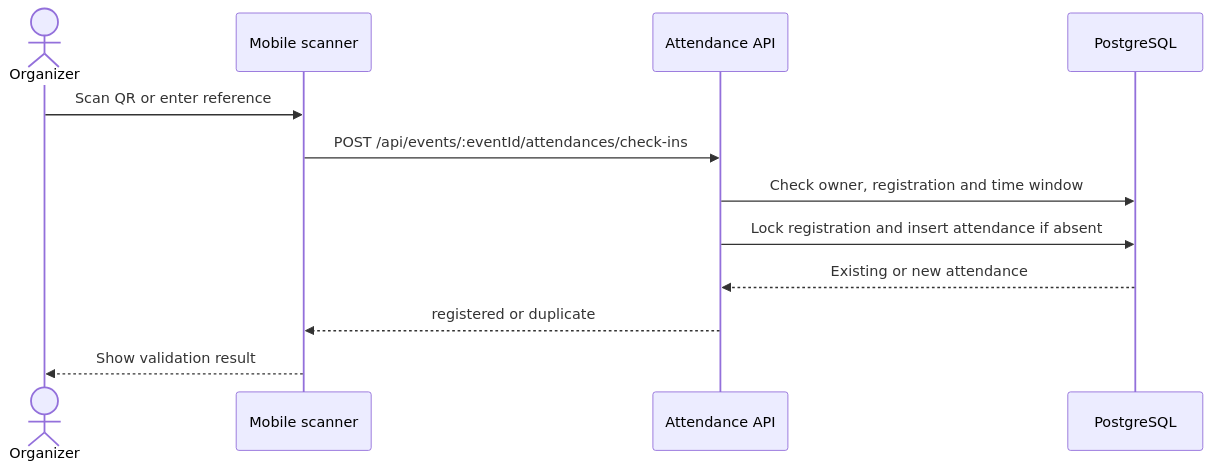
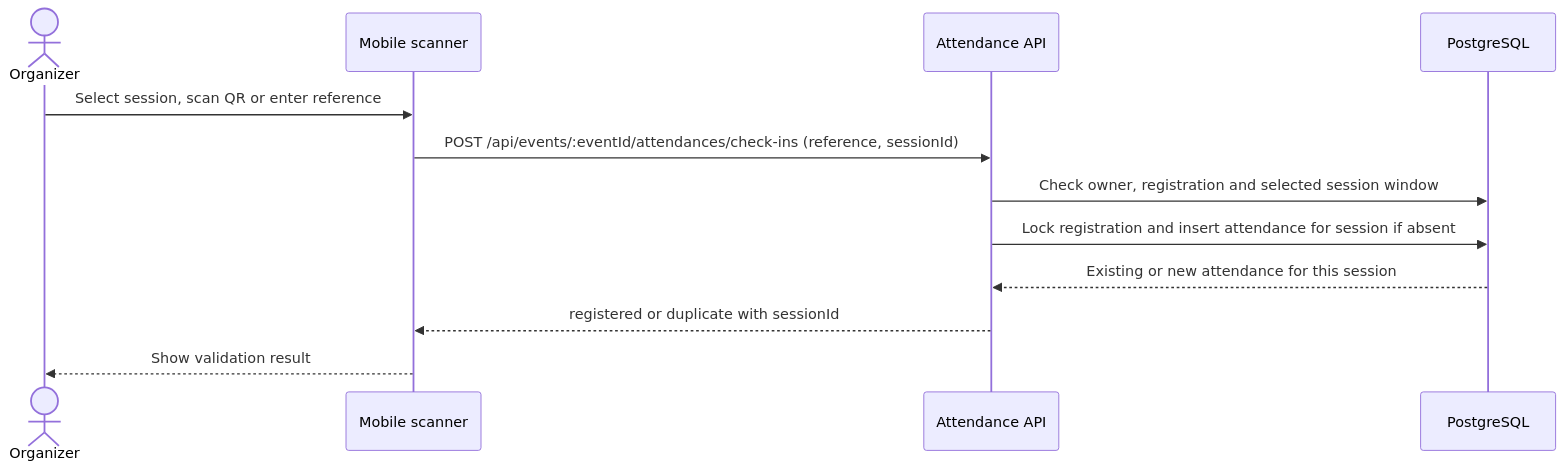
Before and after one commit to NicolasMG-dev/Epic-4---IS: the diagram in docs/event-registrations/README.md, drawn with Mermaid. The commit also changed other lines of this file and 511 other files, not shown here.

````diff
--- a/docs/event-registrations/README.md
+++ b/docs/event-registrations/README.md
@@ -16,14 +17,14 @@
 ```mermaid
 sequenceDiagram
     actor Organizer
     participant Scanner as Mobile scanner
     participant API as Attendance API
     participant DB as PostgreSQL
-    Organizer->>Scanner: Scan QR or enter reference
-    Scanner->>API: POST /api/events/:eventId/attendances/check-ins
-    API->>DB: Check owner, registration and time window
-    API->>DB: Lock registration and insert attendance if absent
-    DB-->>API: Existing or new attendance
-    API-->>Scanner: registered or duplicate
+    Organizer->>Scanner: Select session, scan QR or enter reference
+    Scanner->>API: POST /api/events/:eventId/attendances/check-ins (reference, sessionId)
+    API->>DB: Check owner, registration and selected session window
+    API->>DB: Lock registration and insert attendance for session if absent
+    DB-->>API: Existing or new attendance for this session
+    API-->>Scanner: registered or duplicate with sessionId
     Scanner-->>Organizer: Show validation result
 ```
````
